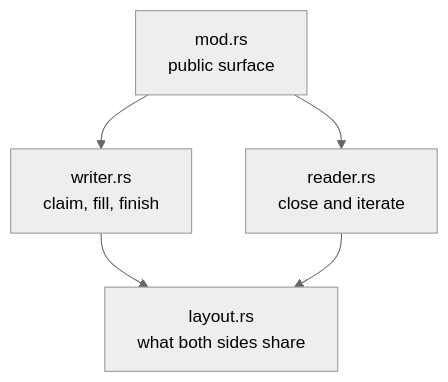
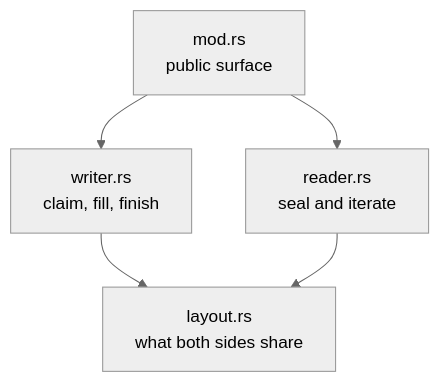
One commit to voidzero-dev/vite-task changed the diagram in crates/fspy_shared/src/ipc/channel/shm_io/README.md. Above: the diagram before and after it, drawn with Mermaid (neutral theme). The commit also changed other lines of this file and 5 other files, not shown here.

First line of the commit message:
refactor(fspy-shm): rename the reader's constructor to seal

````diff
--- a/crates/fspy_shared/src/ipc/channel/shm_io/README.md
+++ b/crates/fspy_shared/src/ipc/channel/shm_io/README.md
@@ -194,7 +194,7 @@
 ```mermaid
 graph TD
     mod["mod.rs<br>public surface"] --> writer["writer.rs<br>claim, fill, finish"]
-    mod --> reader["reader.rs<br>close and iterate"]
+    mod --> reader["reader.rs<br>seal and iterate"]
     writer --> layout["layout.rs<br>what both sides share"]
     reader --> layout
 ```
````
